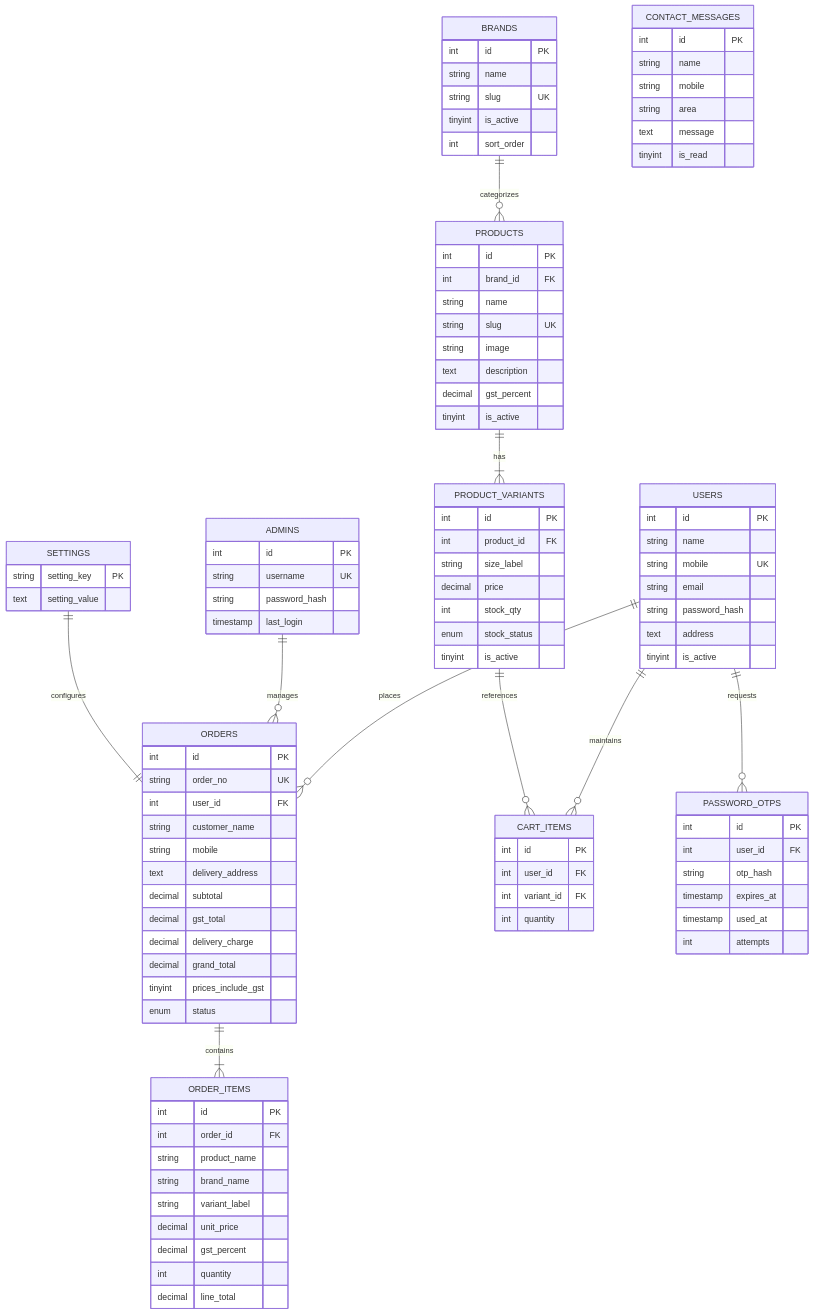
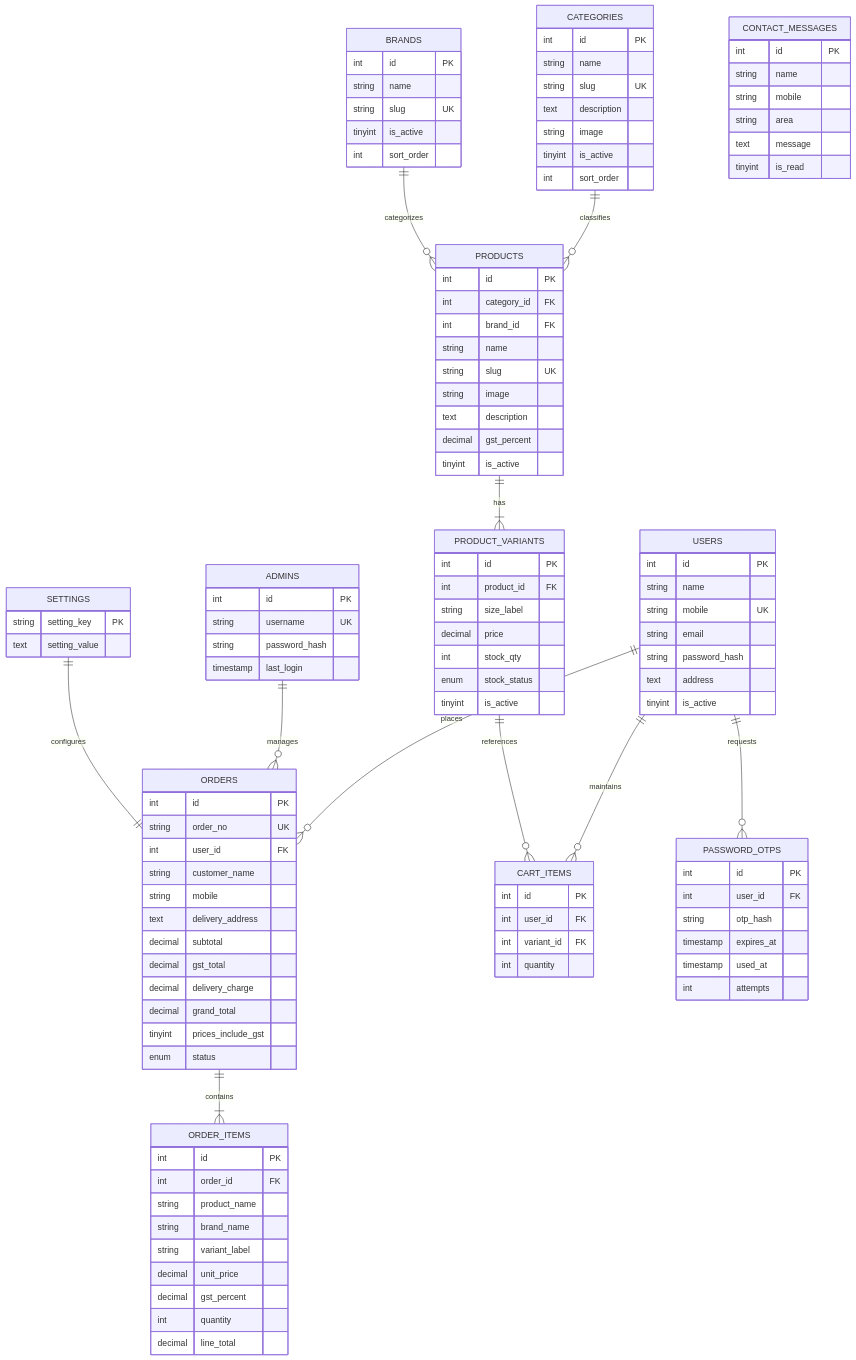
Before and after one commit to KhairnarLokesh/Ecommerce: the diagram in docs/DATABASE.md, drawn with Mermaid. The commit also changed 33 other files, not shown here.

````diff
--- a/docs/DATABASE.md
+++ b/docs/DATABASE.md
@@ -9,5 +9,6 @@
 ```mermaid
 erDiagram
+    CATEGORIES ||--o{ PRODUCTS : classifies
     BRANDS ||--o{ PRODUCTS : categorizes
     PRODUCTS ||--|{ PRODUCT_VARIANTS : has
     USERS ||--o{ ORDERS : places
@@ -17,6 +18,16 @@
     USERS ||--o{ PASSWORD_OTPS : requests
     ADMINS ||--o{ ORDERS : manages
     SETTINGS ||--|| ORDERS : configures
+
+    CATEGORIES {
+        int id PK
+        string name
+        string slug UK
+        text description
+        string image
+        tinyint is_active
+        int sort_order
+    }
 
     BRANDS {
         int id PK
@@ -28,6 +39,7 @@
 
     PRODUCTS {
         int id PK
+        int category_id FK
         int brand_id FK
         string name
         string slug UK
````
